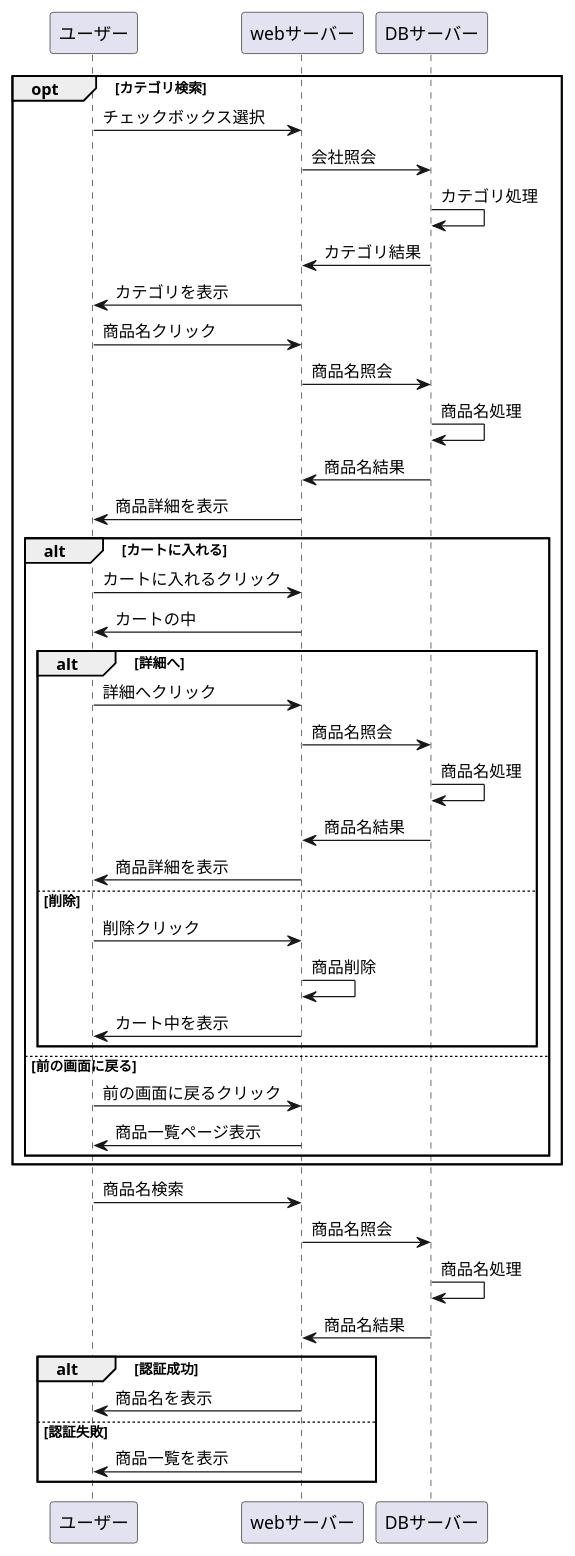
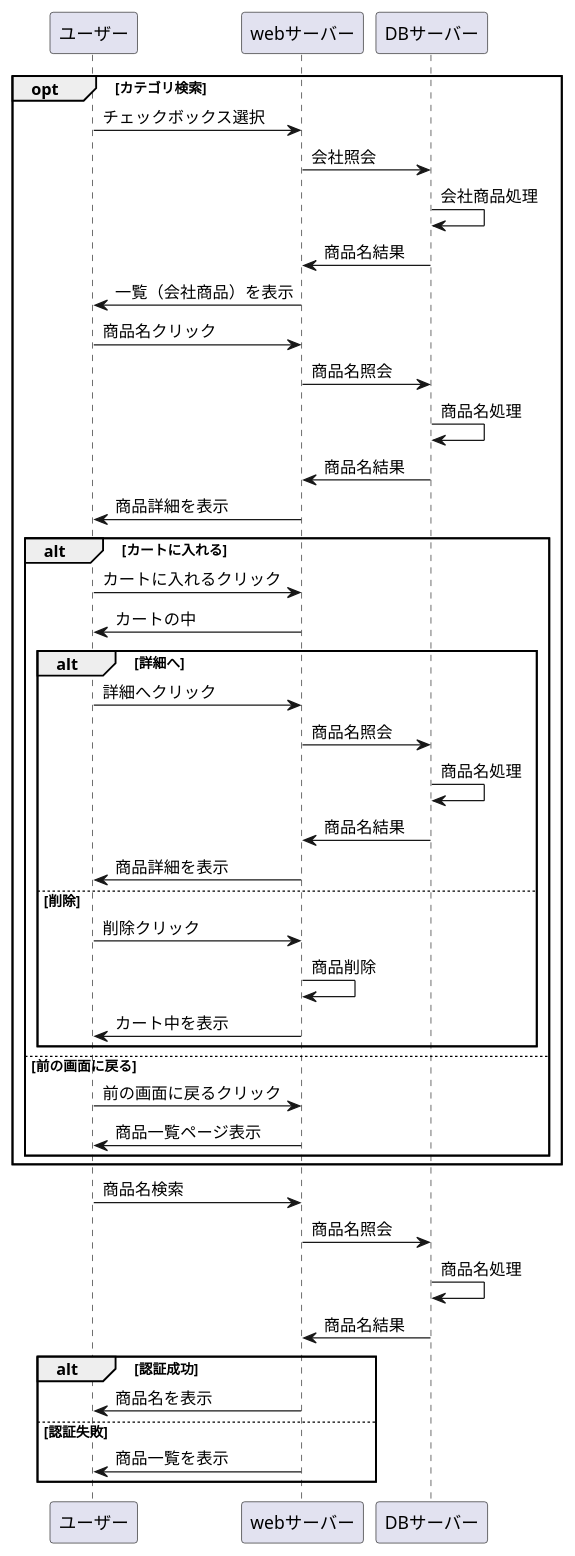
One commit to Aso2001403/2021sys-design changed the diagram in myHP/第９回レポート（業務フロー）/購入.md. Above: the diagram before and after it, drawn with PlantUML.

````diff
--- a/myHP/第９回レポート（業務フロー）/購入.md
+++ b/myHP/第９回レポート（業務フロー）/購入.md
@@ -1,47 +1,47 @@
 ```uml
 @startuml
 opt カテゴリ検索
 ユーザー -> webサーバー :チェックボックス選択
 webサーバー -> DBサーバー : 会社照会
-DBサーバー -> DBサーバー : カテゴリ処理
-DBサーバー -> webサーバー : カテゴリ結果
-webサーバー -> ユーザー : カテゴリを表示
+DBサーバー -> DBサーバー : 会社商品処理
+DBサーバー -> webサーバー : 商品名結果
+webサーバー -> ユーザー : 一覧（会社商品）を表示
 ユーザー -> webサーバー : 商品名クリック
 webサーバー -> DBサーバー : 商品名照会
 DBサーバー -> DBサーバー : 商品名処理
 DBサーバー -> webサーバー : 商品名結果
 webサーバー -> ユーザー : 商品詳細を表示
 
 alt カートに入れる
  ユーザー -> webサーバー :カートに入れるクリック
  webサーバー -> ユーザー:カートの中
  alt 詳細へ
 ユーザー -> webサーバー : 詳細へクリック
 webサーバー -> DBサーバー : 商品名照会
 DBサーバー -> DBサーバー : 商品名処理
 DBサーバー -> webサーバー : 商品名結果
 webサーバー -> ユーザー : 商品詳細を表示
  else 削除
 ユーザー -> webサーバー : 削除クリック
 webサーバー -> webサーバー : 商品削除
 webサーバー -> ユーザー : カート中を表示
  end
  else 前の画面に戻る
  ユーザー -> webサーバー :前の画面に戻るクリック
  webサーバー -> ユーザー:商品一覧ページ表示
  end
 end
 
 ユーザー -> webサーバー : 商品名検索
 webサーバー -> DBサーバー : 商品名照会
 DBサーバー -> DBサーバー : 商品名処理
 DBサーバー -> webサーバー : 商品名結果
 
 alt 認証成功
 webサーバー -> ユーザー : 商品名を表示
 else 認証失敗
 webサーバー -> ユーザー : 商品一覧を表示
 end
 
 @enduml
 ```
````
